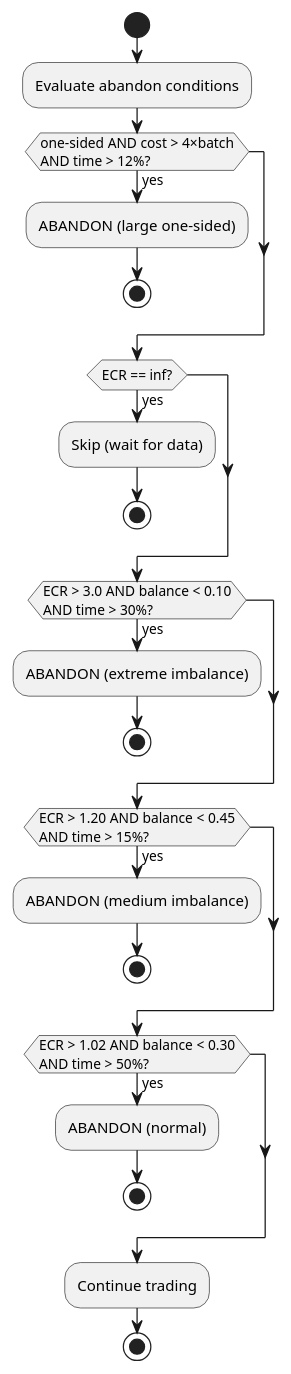
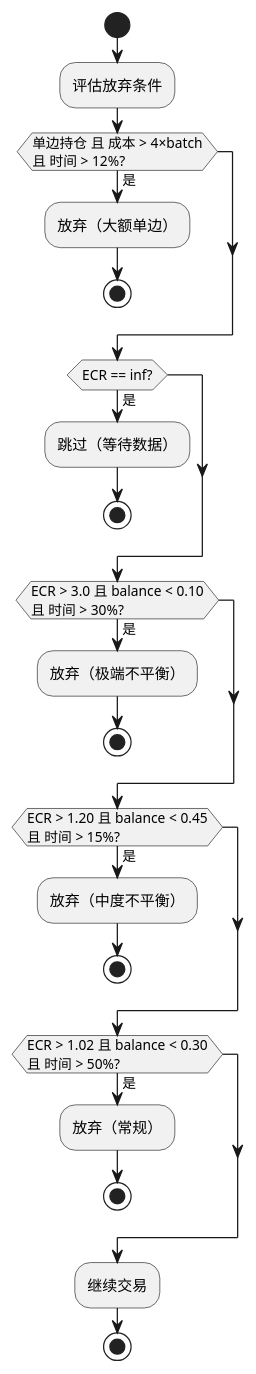
Before and after one commit to jsyqrt/polymoney: the fifth of 10 diagrams in docs/strategy-first-principles.md, drawn with PlantUML. The commit also changed other lines of this file, not shown here.

````diff
--- a/docs/strategy-first-principles.md
+++ b/docs/strategy-first-principles.md
@@ -376,35 +376,35 @@
 ```plantuml
 @startuml abandon_logic
 start
-:Evaluate abandon conditions;
+:评估放弃条件;
 
-if (one-sided AND cost > 4×batch\nAND time > 12%?) then (yes)
-  :ABANDON (large one-sided);
+if (单边持仓 且 成本 > 4×batch\n且 时间 > 12%?) then (是)
+  :放弃（大额单边）;
   stop
 endif
 
-if (ECR == inf?) then (yes)
-  :Skip (wait for data);
+if (ECR == inf?) then (是)
+  :跳过（等待数据）;
   stop
 endif
 
-if (ECR > 3.0 AND balance < 0.10\nAND time > 30%?) then (yes)
-  :ABANDON (extreme imbalance);
+if (ECR > 3.0 且 balance < 0.10\n且 时间 > 30%?) then (是)
+  :放弃（极端不平衡）;
   stop
 endif
 
-if (ECR > 1.20 AND balance < 0.45\nAND time > 15%?) then (yes)
-  :ABANDON (medium imbalance);
+if (ECR > 1.20 且 balance < 0.45\n且 时间 > 15%?) then (是)
+  :放弃（中度不平衡）;
   stop
 endif
 
-if (ECR > 1.02 AND balance < 0.30\nAND time > 50%?) then (yes)
-  :ABANDON (normal);
+if (ECR > 1.02 且 balance < 0.30\n且 时间 > 50%?) then (是)
+  :放弃（常规）;
   stop
 endif
 
-:Continue trading;
+:继续交易;
 stop
 
 @enduml
 ```
````
